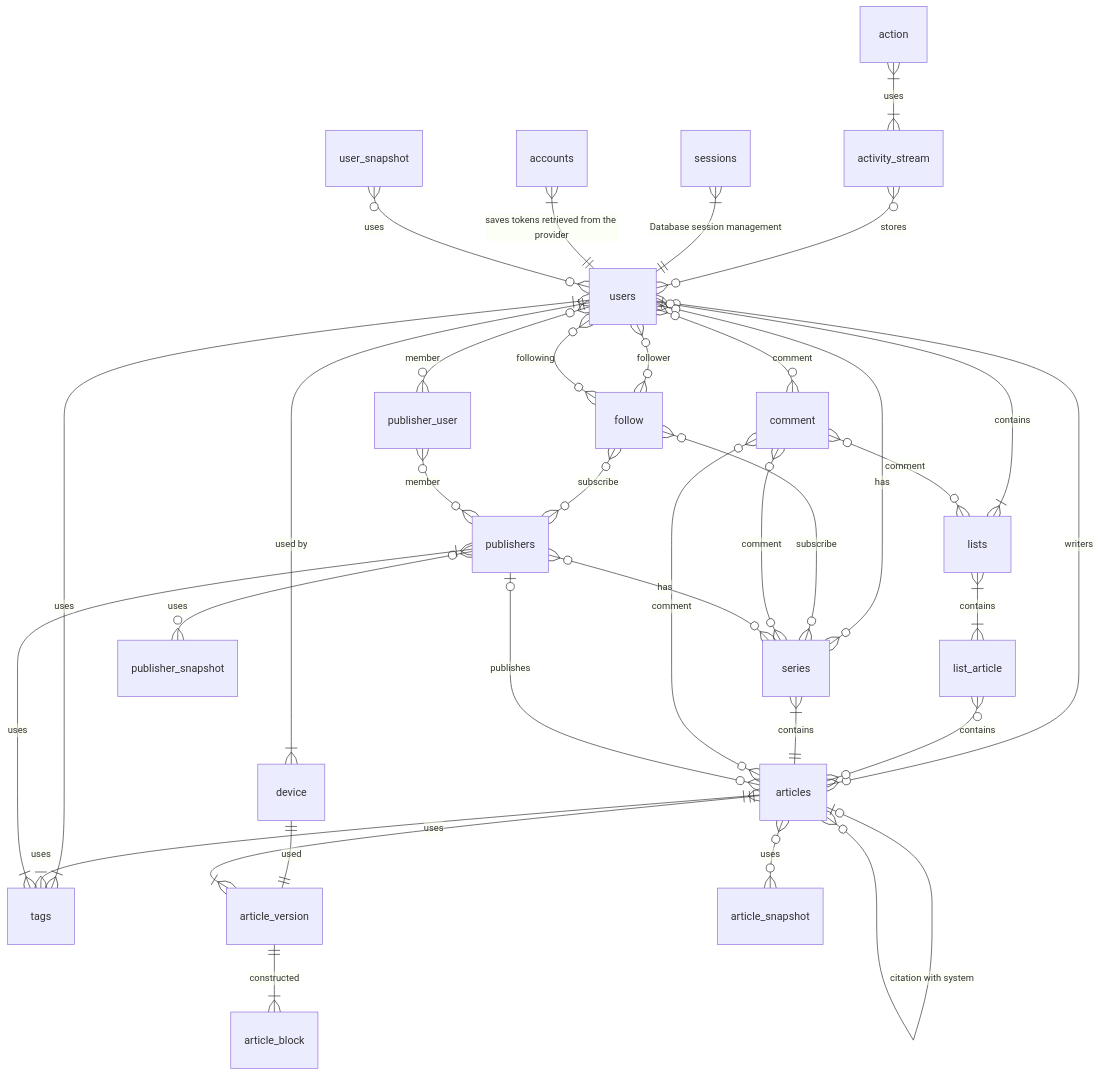
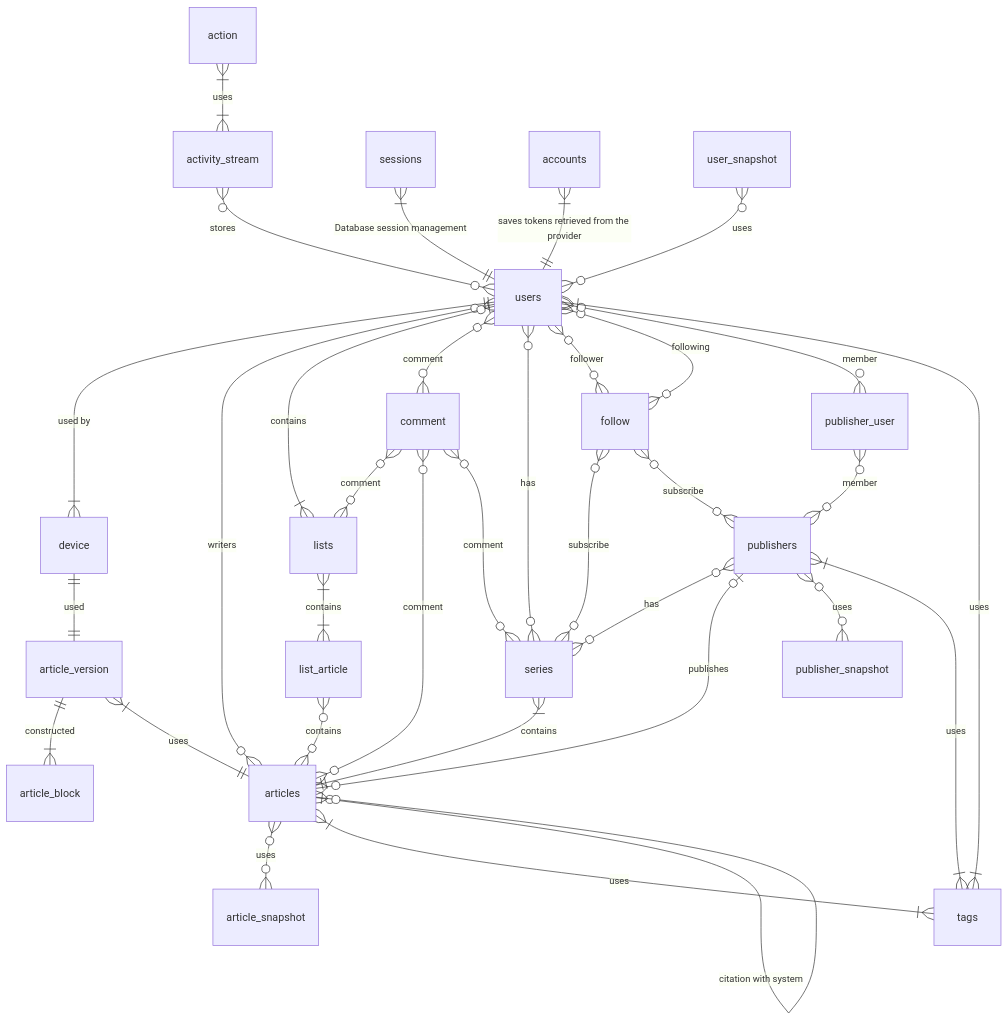
Before and after one commit to 4ry1337/my-obsidian: the third of 9 diagrams in Capstone/Diagrams.md, drawn with Mermaid. The commit also changed 1 other file, not shown here.

Commit message:
vault backup: 2024-01-19 11:13:45

````diff
--- a/Capstone/Diagrams.md
+++ b/Capstone/Diagrams.md
@@ -175,46 +175,45 @@
 ```mermaid
 erDiagram
 action }|--|{ activity_stream: uses
 activity_stream }o--o{ users: stores
 sessions }|--|| users : "Database session management"
 accounts }|--|| users : "saves tokens retrieved from the provider"
 user_snapshot }o--o{ users : uses
 
 users ||--|{ device: "used by"
 users }o--o{ articles : writers
 users |o--|{ lists : contains
+users }o--o{ comment : comment
 users }o--o{ series: has
-users }o--o{ publisher_user : member
 users }o--o{ follow : follower
 users }o--o{ follow : following
+users }o--o{ publisher_user : member
 users }|--|{ tags : uses
-users }o--o{ comment : comment
 
 device ||--|| article_version: used
 
-articles ||--|{ article_version : uses
 articles }o--o{ article_snapshot: uses 
 articles }|--|{ tags : uses
 articles |o--o{ articles : "citation with system"
 
 lists }|--|{ list_article: contains
 list_article }o--o{ articles: contains
 
+comment }o--o{ lists : comment
+comment }o--o{ articles : comment
+comment }o--o{ series : comment
+
 series }|--|| articles : contains
 
+follow }o--o{ series : subscribe
 follow }o--o{ publishers : subscribe
 publisher_user }o--o{ publishers : member
 
-follow }o--o{ series : subscribe
-
-comment }o--o{ lists : comment
-comment }o--o{ series : comment
-comment }o--o{ articles : comment
-
 article_version ||--|{ article_block : constructed
+article_version }|--|| articles : uses
 
 publishers }o--o{ series: has
 publishers |o--o{ articles : publishes
 publishers }o--o{ publisher_snapshot: uses
 publishers }|--|{ tags : uses
 ```
````
